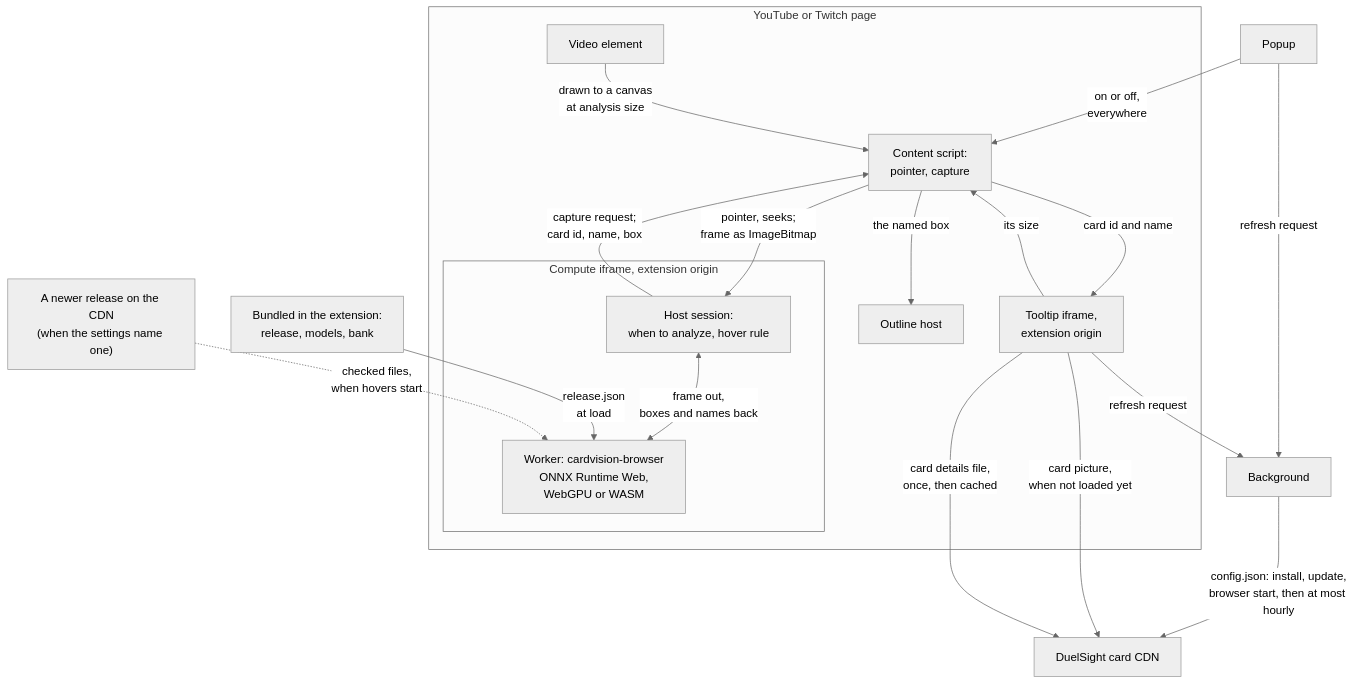
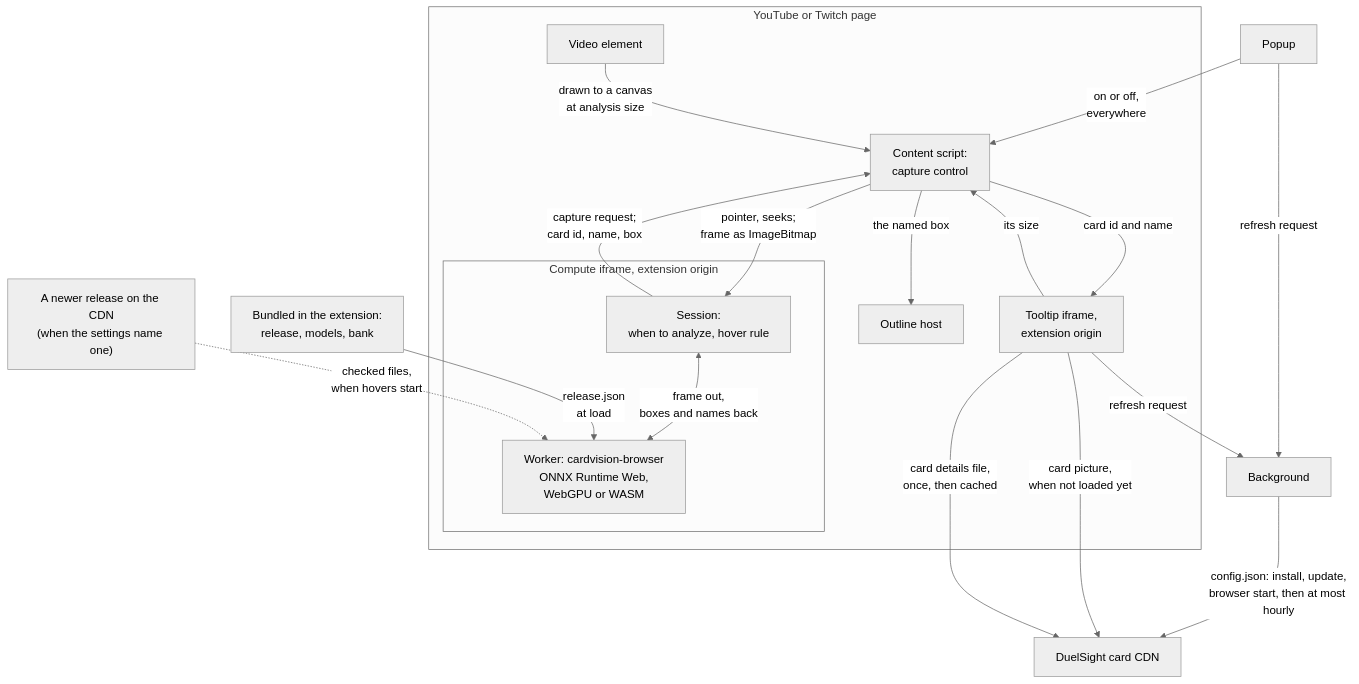
The diagram in docs/how-it-works.md (ryangswe/duelsight), drawn with Mermaid (neutral theme) before and after one commit. The commit also changed other lines of this file and 49 other files, not shown here.

````diff
--- a/docs/how-it-works.md
+++ b/docs/how-it-works.md
@@ -33,34 +38,34 @@
 ```mermaid
 flowchart TD
     subgraph PAGE["YouTube or Twitch page"]
         VID["Video element"]
-        CS["Content script:<br/>pointer, capture"]
+        CS["Content script:<br/>capture control"]
         OUT["Outline host"]
         subgraph CF["Compute iframe, extension origin"]
-            HS["Host session:<br/>when to analyze, hover rule"]
+            HS["Session:<br/>when to analyze, hover rule"]
             W["Worker: cardvision-browser<br/>ONNX Runtime Web,<br/>WebGPU or WASM"]
         end
         TT["Tooltip iframe,<br/>extension origin"]
     end
     PKG["Bundled in the extension:<br/>release, models, bank"]
     REL["A newer release on the CDN<br/>(when the settings name one)"]
     POP["Popup"]
     BG["Background"]
     CDN["DuelSight card CDN"]
 
     POP -- "on or off,<br/>everywhere" --> CS
     VID -- "drawn to a canvas<br/>at analysis size" --> CS
     CS -- "pointer, seeks;<br/>frame as ImageBitmap" --> HS
     HS -- "capture request;<br/>card id, name, box" --> CS
     HS <-- "frame out,<br/>boxes and names back" --> W
     PKG -- "release.json<br/>at load" --> W
     REL -. "checked files,<br/>when hovers start" .-> W
     CS -- "card id and name" --> TT
     TT -- "its size" --> CS
     CS -- "the named box" --> OUT
     TT -- "refresh request" --> BG
     POP -- "refresh request" --> BG
     BG -- "config.json: install, update,<br/>browser start, then at most hourly" --> CDN
     TT -- "card picture,<br/>when not loaded yet" --> CDN
     TT -- "card details file,<br/>once, then cached" --> CDN
 ```
````
